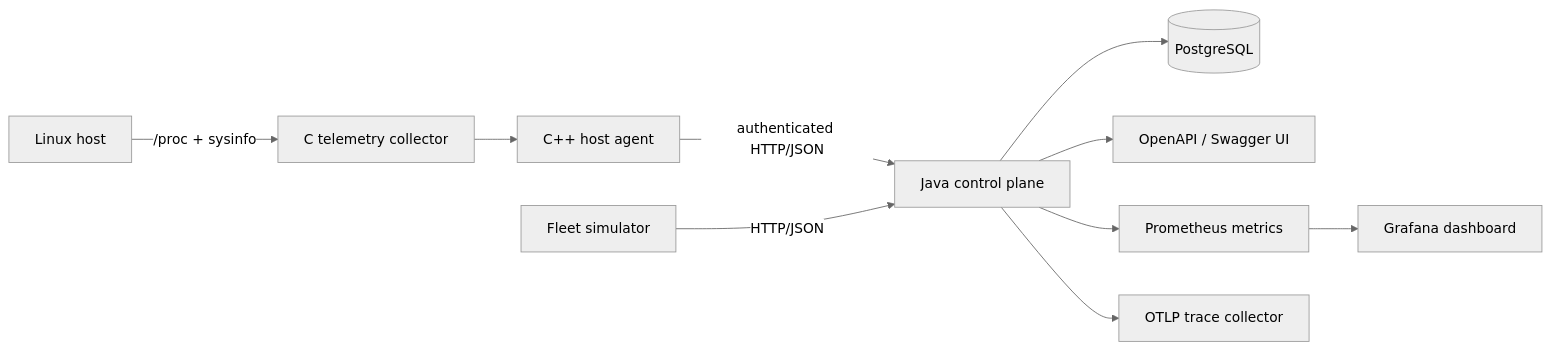
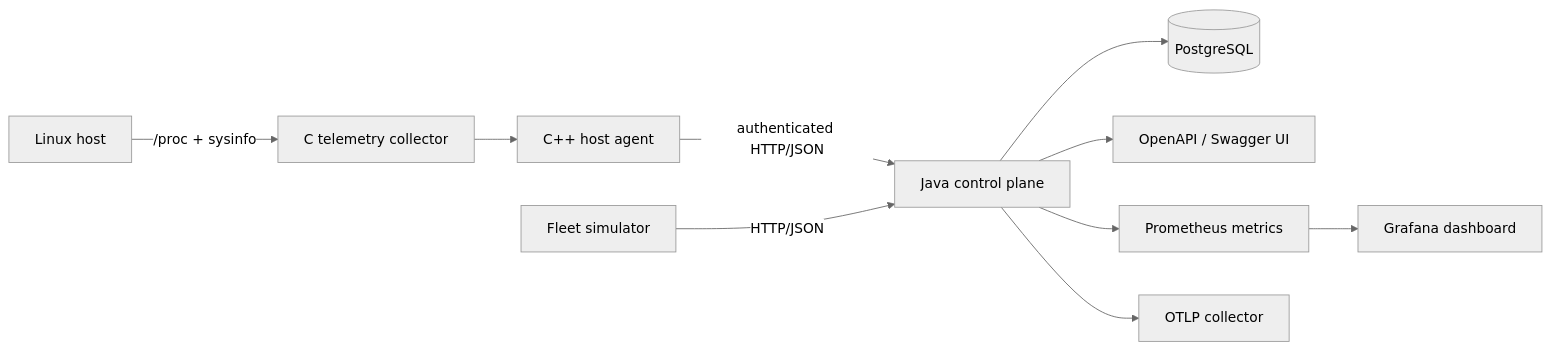
Before and after one commit to yjr28/NorthStar: the diagram in README.md, drawn with Mermaid (neutral theme). The commit also changed other lines of this file and 2 other files, not shown here.

First line of the commit message:
Bundle a local OTLP collector for trace verification (#22)

````diff
--- a/README.md
+++ b/README.md
@@ -9,12 +9,12 @@
 ```mermaid
 flowchart LR
     H[Linux host] -->|/proc + sysinfo| C[C telemetry collector]
     C --> A[C++ host agent]
     A -->|authenticated HTTP/JSON| J[Java control plane]
     J --> P[(PostgreSQL)]
     S[Fleet simulator] -->|HTTP/JSON| J
     J --> O[OpenAPI / Swagger UI]
     J --> M[Prometheus metrics]
     M --> G[Grafana dashboard]
-    J --> T[OTLP trace collector]
+    J --> T[OTLP collector]
 ```
````
